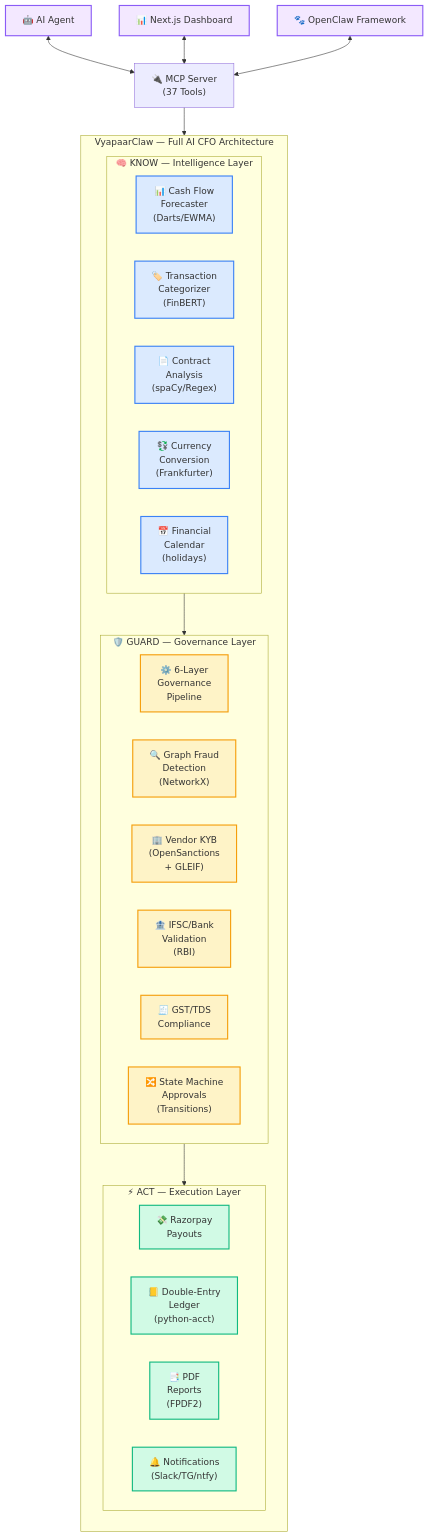
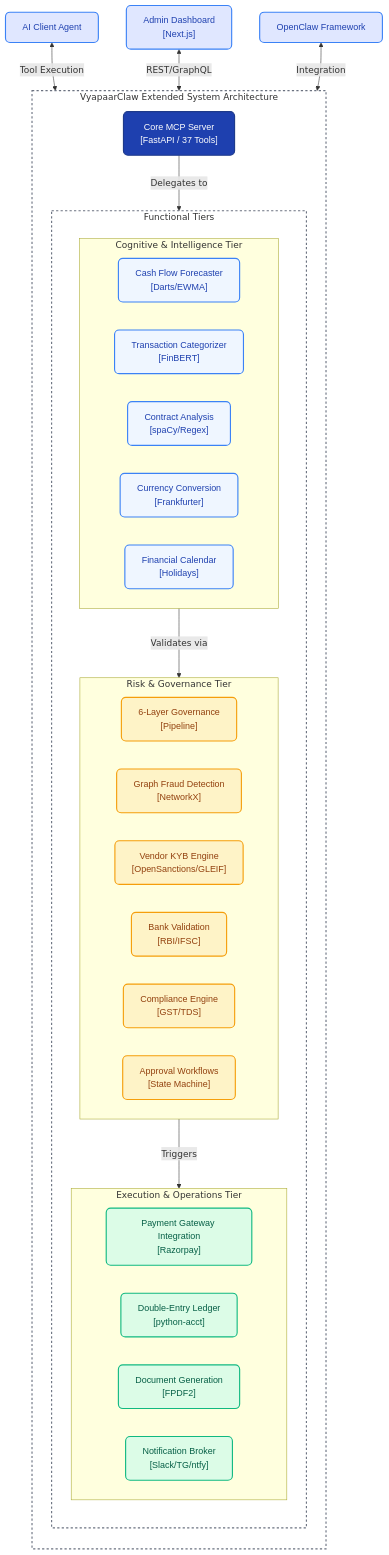
One commit to guglxni/VyapaarClaw changed the diagram in docs/diagrams/architecture_full.mmd. Above: the diagram before and after it, drawn with Mermaid. The commit also changed 5 other files, not shown here.

First line of the commit message:
docs: upgrade architecture and flow diagrams to professional grade

```diff
--- a/docs/diagrams/architecture_full.mmd
+++ b/docs/diagrams/architecture_full.mmd
@@ -1,49 +1,57 @@
 graph TB
-    subgraph "VyapaarClaw — Full AI CFO Architecture"
+    %% Professional C4 Architecture Styling
+    classDef default fill:#FFFFFF,stroke:#333333,stroke-width:2px,color:#333333,font-family:sans-serif;
+    classDef interface fill:#E0E7FF,stroke:#3B82F6,color:#1E40AF,rx:8,ry:8,stroke-width:2px;
+    classDef engine fill:#1E40AF,stroke:#1E3A8A,color:#FFFFFF,rx:8,ry:8,stroke-width:2px;
+    classDef layer fill:#F9FAFB,stroke:#9CA3AF,color:#1F2937,rx:8,ry:8,stroke-width:2px;
+    classDef intelligence fill:#EFF6FF,stroke:#3B82F6,color:#1E40AF,rx:8,ry:8,stroke-width:2px;
+    classDef governance fill:#FEF3C7,stroke:#F59E0B,color:#92400E,rx:8,ry:8,stroke-width:2px;
+    classDef execution fill:#DCFCE7,stroke:#10B981,color:#065F46,rx:8,ry:8,stroke-width:2px;
+    classDef boundary fill:none,stroke:#6B7280,stroke-width:2px,stroke-dasharray: 4 4;
+
+    subgraph SystemBoundary[VyapaarClaw Extended System Architecture]
         direction TB
-        
-        subgraph KNOW["🧠 KNOW — Intelligence Layer"]
-            direction LR
-            FC["📊 Cash Flow<br/>Forecaster<br/>(Darts/EWMA)"]
-            TC["🏷️ Transaction<br/>Categorizer<br/>(FinBERT)"]
-            CA["📄 Contract<br/>Analysis<br/>(spaCy/Regex)"]
-            FX["💱 Currency<br/>Conversion<br/>(Frankfurter)"]
-            CAL["📅 Financial<br/>Calendar<br/>(holidays)"]
-        end
 
-        subgraph GUARD["🛡️ GUARD — Governance Layer"]
-            direction LR
-            GOV["⚙️ 6-Layer<br/>Governance<br/>Pipeline"]
-            GFD["🔍 Graph Fraud<br/>Detection<br/>(NetworkX)"]
-            KYB["🏢 Vendor KYB<br/>(OpenSanctions<br/>+ GLEIF)"]
-            BV["🏦 IFSC/Bank<br/>Validation<br/>(RBI)"]
-            GST["🧾 GST/TDS<br/>Compliance"]
-            WF["🔀 State Machine<br/>Approvals<br/>(Transitions)"]
-        end
+        MCP["Core MCP Server<br/>[FastAPI / 37 Tools]"]:::engine
 
-        subgraph ACT["⚡ ACT — Execution Layer"]
-            direction LR
-            PAY["💸 Razorpay<br/>Payouts"]
-            LED["📒 Double-Entry<br/>Ledger<br/>(python-acct)"]
-            RPT["📑 PDF<br/>Reports<br/>(FPDF2)"]
-            NTF["🔔 Notifications<br/>(Slack/TG/ntfy)"]
+        subgraph LayersBoundary[Functional Tiers]
+            direction TB
+            subgraph KNOW[Cognitive & Intelligence Tier]
+                direction LR
+                FC["Cash Flow Forecaster<br/>[Darts/EWMA]"]:::intelligence
+                TC["Transaction Categorizer<br/>[FinBERT]"]:::intelligence
+                CA["Contract Analysis<br/>[spaCy/Regex]"]:::intelligence
+                FX["Currency Conversion<br/>[Frankfurter]"]:::intelligence
+                CAL["Financial Calendar<br/>[Holidays]"]:::intelligence
+            end
+
+            subgraph GUARD[Risk & Governance Tier]
+                direction LR
+                GOV["6-Layer Governance<br/>[Pipeline]"]:::governance
+                GFD["Graph Fraud Detection<br/>[NetworkX]"]:::governance
+                KYB["Vendor KYB Engine<br/>[OpenSanctions/GLEIF]"]:::governance
+                BV["Bank Validation<br/>[RBI/IFSC]"]:::governance
+                GST["Compliance Engine<br/>[GST/TDS]"]:::governance
+                WF["Approval Workflows<br/>[State Machine]"]:::governance
+            end
+
+            subgraph ACT[Execution & Operations Tier]
+                direction LR
+                PAY["Payment Gateway Integration<br/>[Razorpay]"]:::execution
+                LED["Double-Entry Ledger<br/>[python-acct]"]:::execution
+                RPT["Document Generation<br/>[FPDF2]"]:::execution
+                NTF["Notification Broker<br/>[Slack/TG/ntfy]"]:::execution
+            end
         end
     end
 
-    MCP["🔌 MCP Server<br/>(37 Tools)"] --> KNOW
-    KNOW --> GUARD
-    GUARD --> ACT
-    
-    AGENT["🤖 AI Agent"] <--> MCP
-    DASH["📊 Next.js Dashboard"] <--> MCP
-    CLAW["🐾 OpenClaw Framework"] <--> MCP
+    %% Interactions
+    AGENT["AI Client Agent"]:::interface <-->|Tool Execution| MCP
+    DASH["Admin Dashboard<br/>[Next.js]"]:::interface <-->|REST/GraphQL| MCP
+    CLAW["OpenClaw Framework"]:::interface <-->|Integration| MCP
 
-    classDef know fill:#dbeafe,stroke:#3b82f6,stroke-width:2px
-    classDef guard fill:#fef3c7,stroke:#f59e0b,stroke-width:2px
-    classDef act fill:#d1fae5,stroke:#10b981,stroke-width:2px
-    classDef external fill:#f3e8ff,stroke:#8b5cf6,stroke-width:2px
+    MCP -->|Delegates to| KNOW
+    KNOW -->|Validates via| GUARD
+    GUARD -->|Triggers| ACT
 
-    class FC,TC,CA,FX,CAL know
-    class GOV,GFD,KYB,BV,GST,WF guard
-    class PAY,LED,RPT,NTF act
-    class AGENT,DASH,CLAW external
+    class SystemBoundary,LayersBoundary boundary
```
